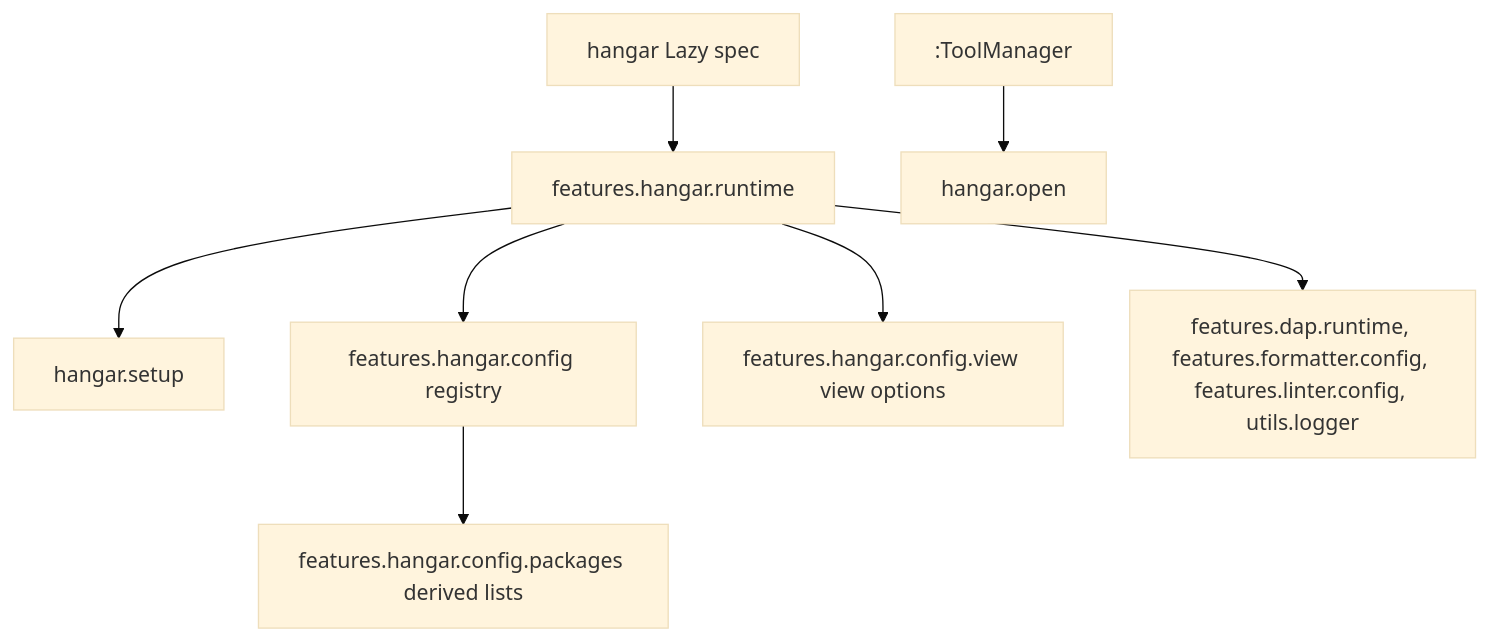
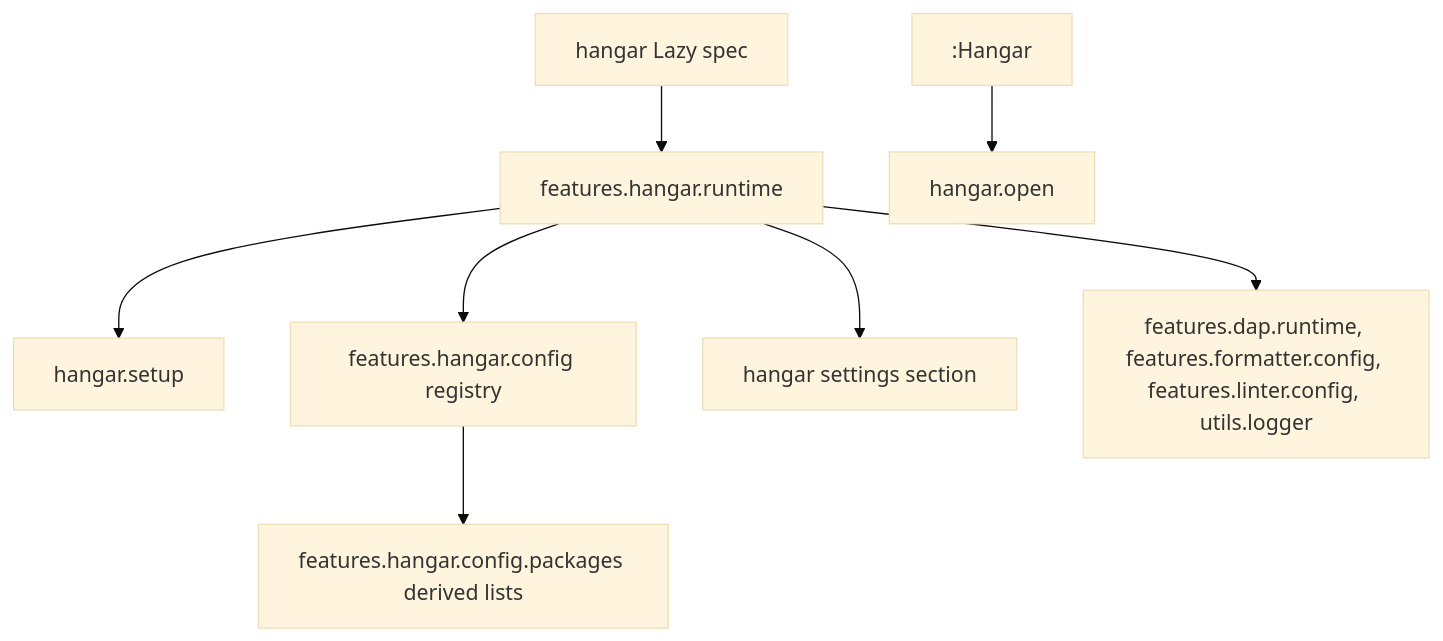
One commit to Orbit-Lua/orbitvim changed the diagram in doc/architecture.md. Above: the diagram before and after it, drawn with Mermaid (base theme). The commit also changed other lines of this file and 29 other files, not shown here.

First line of the commit message:
refactor!: name the tool view Hangar and take its defaults from hangar

````diff
--- a/doc/architecture.md
+++ b/doc/architecture.md
@@ -38,10 +38,10 @@
 ```mermaid
 flowchart TD
     Spec[hangar Lazy spec] --> Compose[features.hangar.runtime]
     Compose --> Setup[hangar.setup]
-    Command[:ToolManager] --> Open[hangar.open]
+    Command[:Hangar] --> Open[hangar.open]
     Compose --> Registry[features.hangar.config registry]
-    Compose --> View[features.hangar.config.view view options]
+    Compose --> View[hangar settings section]
     Compose --> Owners[features.dap.runtime, features.formatter.config, features.linter.config, utils.logger]
     Registry --> Derived[features.hangar.config.packages derived lists]
 ```
````
